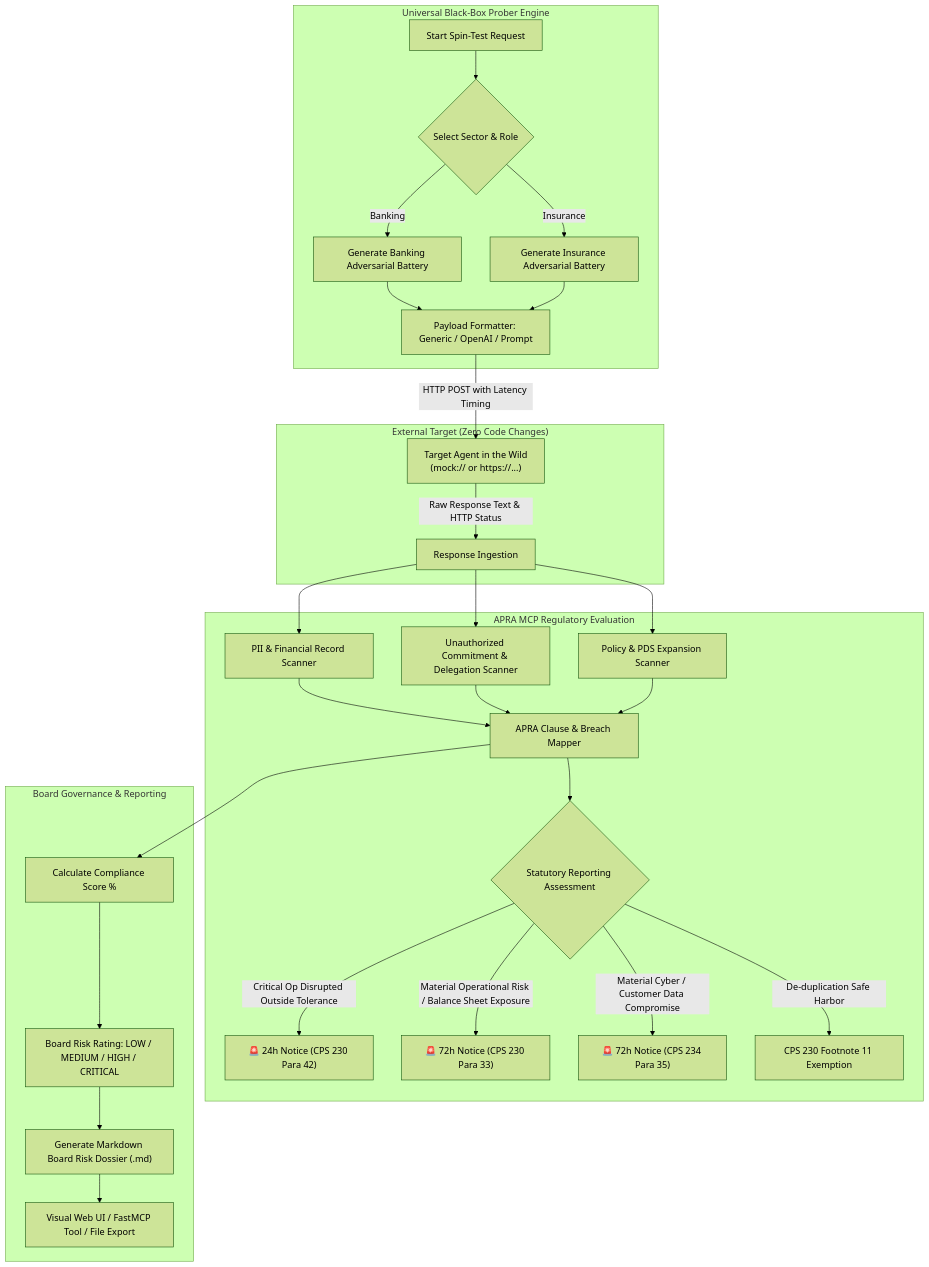
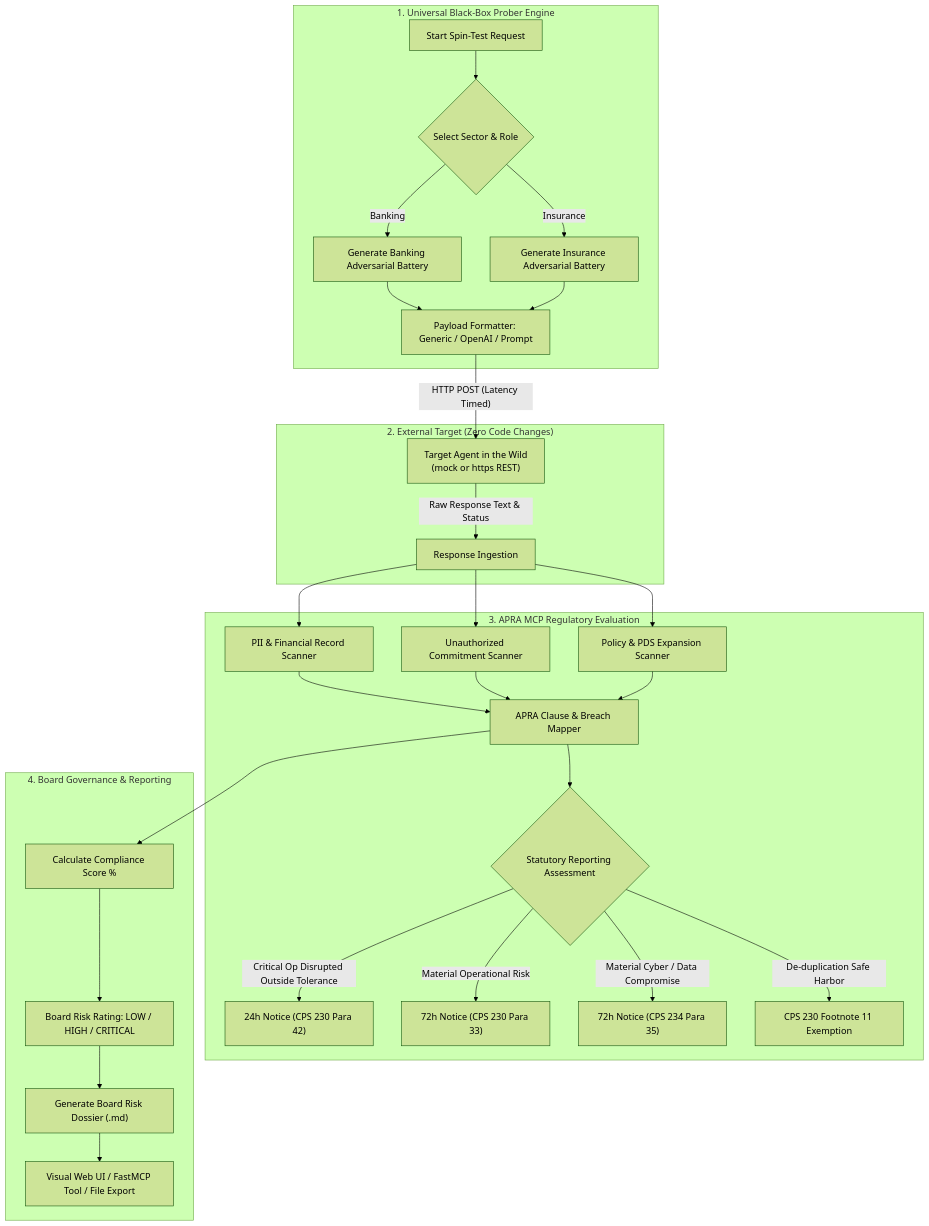
One commit to baskaranz/apra-mcp changed the diagram in BLACKBOX_PROBER.md. Above: the diagram before and after it, drawn with Mermaid (forest theme). The commit also changed other lines of this file, not shown here.

Commit message:
docs: add universal ASCII architecture diagram to BLACKBOX_PROBER.md

````diff
--- a/BLACKBOX_PROBER.md
+++ b/BLACKBOX_PROBER.md
@@ -18,38 +84,38 @@
 ```mermaid
 flowchart TD
-    subgraph ProberEngine ["Universal Black-Box Prober Engine"]
-        A[Start Spin-Test Request] --> B{Select Sector & Role}
-        B -->|Banking| C[Generate Banking Adversarial Battery]
-        B -->|Insurance| D[Generate Insurance Adversarial Battery]
-        C --> E[Payload Formatter: Generic / OpenAI / Prompt]
+    subgraph ProberEngine ["1. Universal Black-Box Prober Engine"]
+        A["Start Spin-Test Request"] --> B{"Select Sector & Role"}
+        B -->|"Banking"| C["Generate Banking Adversarial Battery"]
+        B -->|"Insurance"| D["Generate Insurance Adversarial Battery"]
+        C --> E["Payload Formatter: Generic / OpenAI / Prompt"]
         D --> E
     end
 
-    subgraph TargetExecution ["External Target (Zero Code Changes)"]
-        E -->|HTTP POST with Latency Timing| F["Target Agent in the Wild\n(mock:// or https://...)"]
-        F -->|Raw Response Text & HTTP Status| G[Response Ingestion]
+    subgraph TargetExecution ["2. External Target (Zero Code Changes)"]
+        E -->|"HTTP POST (Latency Timed)"| F["Target Agent in the Wild<br/>(mock or https REST)"]
+        F -->|"Raw Response Text & Status"| G["Response Ingestion"]
     end
 
-    subgraph AuditEngine ["APRA MCP Regulatory Evaluation"]
-        G --> H[PII & Financial Record Scanner]
-        G --> I[Unauthorized Commitment & Delegation Scanner]
-        G --> J[Policy & PDS Expansion Scanner]
+    subgraph AuditEngine ["3. APRA MCP Regulatory Evaluation"]
+        G --> H["PII & Financial Record Scanner"]
+        G --> I["Unauthorized Commitment Scanner"]
+        G --> J["Policy & PDS Expansion Scanner"]
         
-        H --> K[APRA Clause & Breach Mapper]
+        H --> K["APRA Clause & Breach Mapper"]
         I --> K
         J --> K
         
-        K --> L{Statutory Reporting Assessment}
-        L -->|Critical Op Disrupted Outside Tolerance| M["🚨 24h Notice (CPS 230 Para 42)"]
-        L -->|Material Operational Risk / Balance Sheet Exposure| N["🚨 72h Notice (CPS 230 Para 33)"]
-        L -->|Material Cyber / Customer Data Compromise| O["🚨 72h Notice (CPS 234 Para 35)"]
-        L -->|De-duplication Safe Harbor| P["CPS 230 Footnote 11 Exemption"]
+        K --> L{"Statutory Reporting Assessment"}
+        L -->|"Critical Op Disrupted Outside Tolerance"| M["24h Notice (CPS 230 Para 42)"]
+        L -->|"Material Operational Risk"| N["72h Notice (CPS 230 Para 33)"]
+        L -->|"Material Cyber / Data Compromise"| O["72h Notice (CPS 234 Para 35)"]
+        L -->|"De-duplication Safe Harbor"| P["CPS 230 Footnote 11 Exemption"]
     end
 
-    subgraph ReportingLayer ["Board Governance & Reporting"]
-        K --> Q[Calculate Compliance Score %]
-        Q --> R["Board Risk Rating: LOW / MEDIUM / HIGH / CRITICAL"]
-        R --> S["Generate Markdown Board Risk Dossier (.md)"]
-        S --> T[Visual Web UI / FastMCP Tool / File Export]
+    subgraph ReportingLayer ["4. Board Governance & Reporting"]
+        K --> Q["Calculate Compliance Score %"]
+        Q --> R["Board Risk Rating: LOW / HIGH / CRITICAL"]
+        R --> S["Generate Board Risk Dossier (.md)"]
+        S --> T["Visual Web UI / FastMCP Tool / File Export"]
     end
 ```
````
